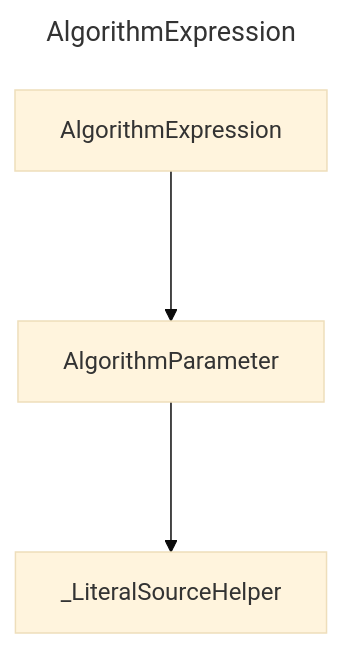
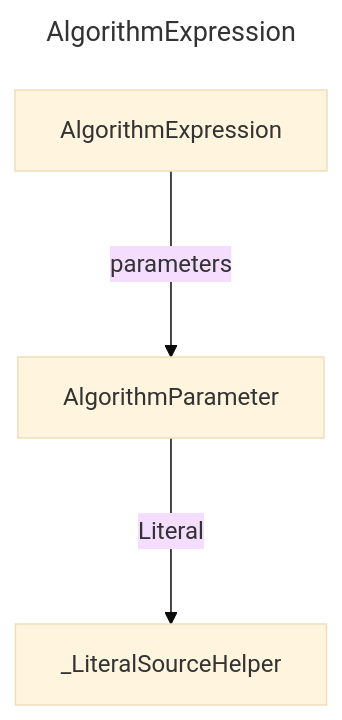
The diagram in docs/docs/layout/erd/AlgorithmExpression.md (douglassimonsen/pbi_core), drawn with Mermaid (base theme) before and after one commit. The commit also changed 77 other files, not shown here.

Commit message:
Updated to color code the layout ERD

````diff
--- a/docs/docs/layout/erd/AlgorithmExpression.md
+++ b/docs/docs/layout/erd/AlgorithmExpression.md
@@ -1,11 +1,11 @@
 ```mermaid
 ---
 title: AlgorithmExpression
 ---
 graph 
-2721642038432["_LiteralSourceHelper"]
-2721641890080["AlgorithmParameter"]
-2721641891056["AlgorithmExpression"]
-2721641890080 ---> 2721642038432
-2721641891056 ---> 2721641890080
+2430071930000["AlgorithmExpression"]
+2430071924144["AlgorithmParameter"]
+2430071807024["_LiteralSourceHelper"]
+2430071930000 --->|parameters| 2430071924144
+2430071924144 --->|Literal| 2430071807024
 ```
````
